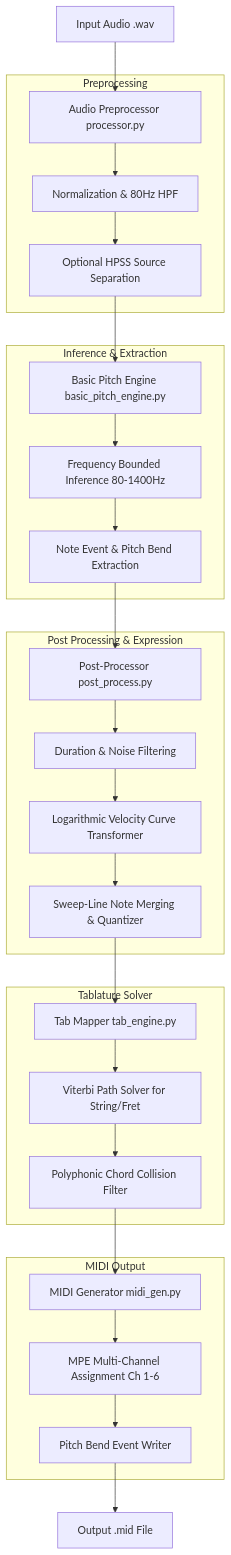
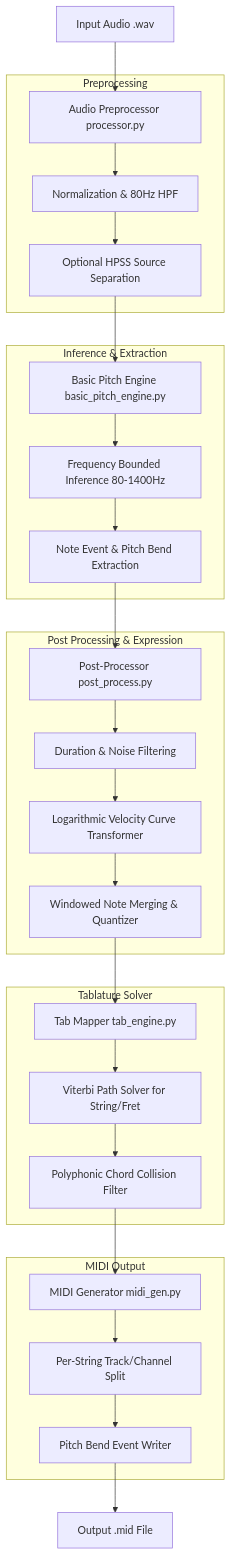
Before and after one commit to begram/audio2midi: the diagram in specs/design.md, drawn with Mermaid. The commit also changed other lines of this file and 37 other files, not shown here.

````diff
--- a/specs/design.md
+++ b/specs/design.md
@@ -7,31 +7,31 @@
 ```mermaid
 graph TD
     A[Input Audio .wav] --> B[Audio Preprocessor processor.py]
     subgraph Preprocessing
         B --> B1[Normalization & 80Hz HPF]
         B1 --> B2[Optional HPSS Source Separation]
     end
     B2 --> C[Basic Pitch Engine basic_pitch_engine.py]
     subgraph Inference & Extraction
         C --> C1[Frequency Bounded Inference 80-1400Hz]
         C1 --> C2[Note Event & Pitch Bend Extraction]
     end
     C2 --> D[Post-Processor post_process.py]
     subgraph Post Processing & Expression
         D --> D1[Duration & Noise Filtering]
         D2[Logarithmic Velocity Curve Transformer]
         D1 --> D2
-        D2 --> D3[Sweep-Line Note Merging & Quantizer]
+        D2 --> D3[Windowed Note Merging & Quantizer]
     end
     D3 --> E[Tab Mapper tab_engine.py]
     subgraph Tablature Solver
         E --> E1[Viterbi Path Solver for String/Fret]
         E1 --> E2[Polyphonic Chord Collision Filter]
     end
     E2 --> F[MIDI Generator midi_gen.py]
     subgraph MIDI Output
-        F --> F1[MPE Multi-Channel Assignment Ch 1-6]
+        F --> F1[Per-String Track/Channel Split]
         F1 --> F2[Pitch Bend Event Writer]
     end
     F2 --> G[Output .mid File]
 ```
````
